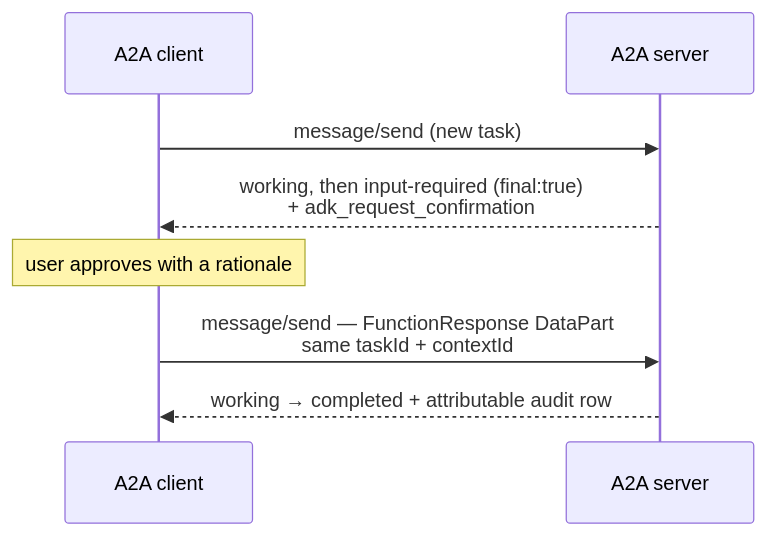
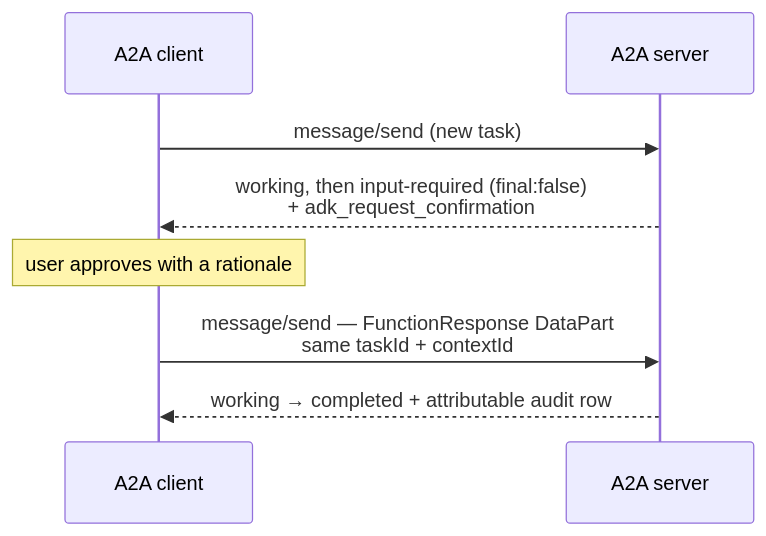
The third of 3 diagrams in docs/3. Capabilities/3.6. A2A.md (LuiGGi629/agentops-open-course), drawn with Mermaid before and after one commit. The commit also changed other lines of this file and 4 other files, not shown here.

````diff
--- a/docs/3. Capabilities/3.6. A2A.md
+++ b/docs/3. Capabilities/3.6. A2A.md
@@ -176,10 +182,10 @@
 ```mermaid
 sequenceDiagram
     participant C as A2A client
     participant S as A2A server
     C->>S: message/send (new task)
-    S-->>C: working, then input-required (final:true)<br/>+ adk_request_confirmation
+    S-->>C: working, then input-required (final:false)<br/>+ adk_request_confirmation
     Note over C: user approves with a rationale
     C->>S: message/send — FunctionResponse DataPart<br/>same taskId + contextId
     S-->>C: working → completed + attributable audit row
 ```
````
